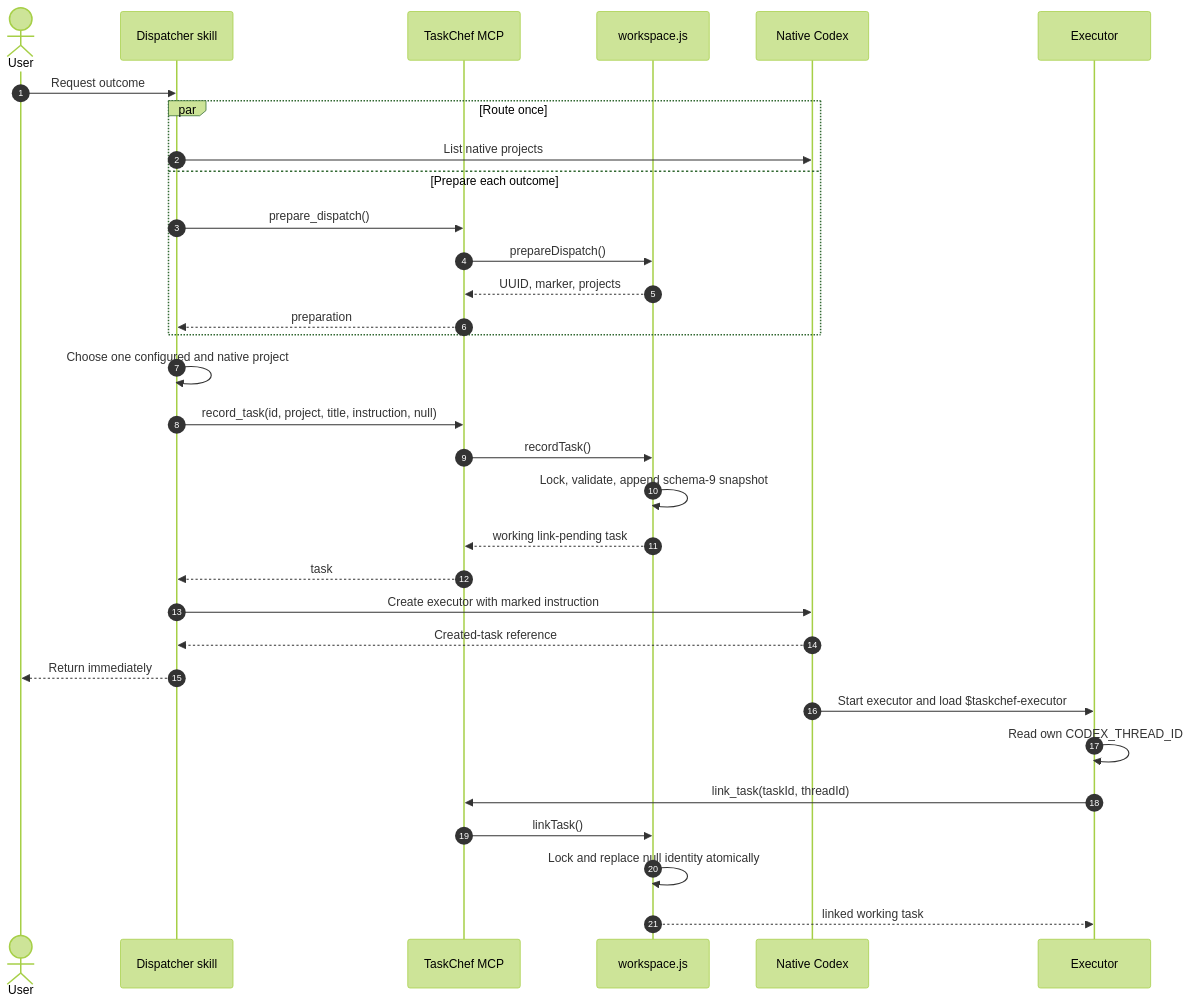
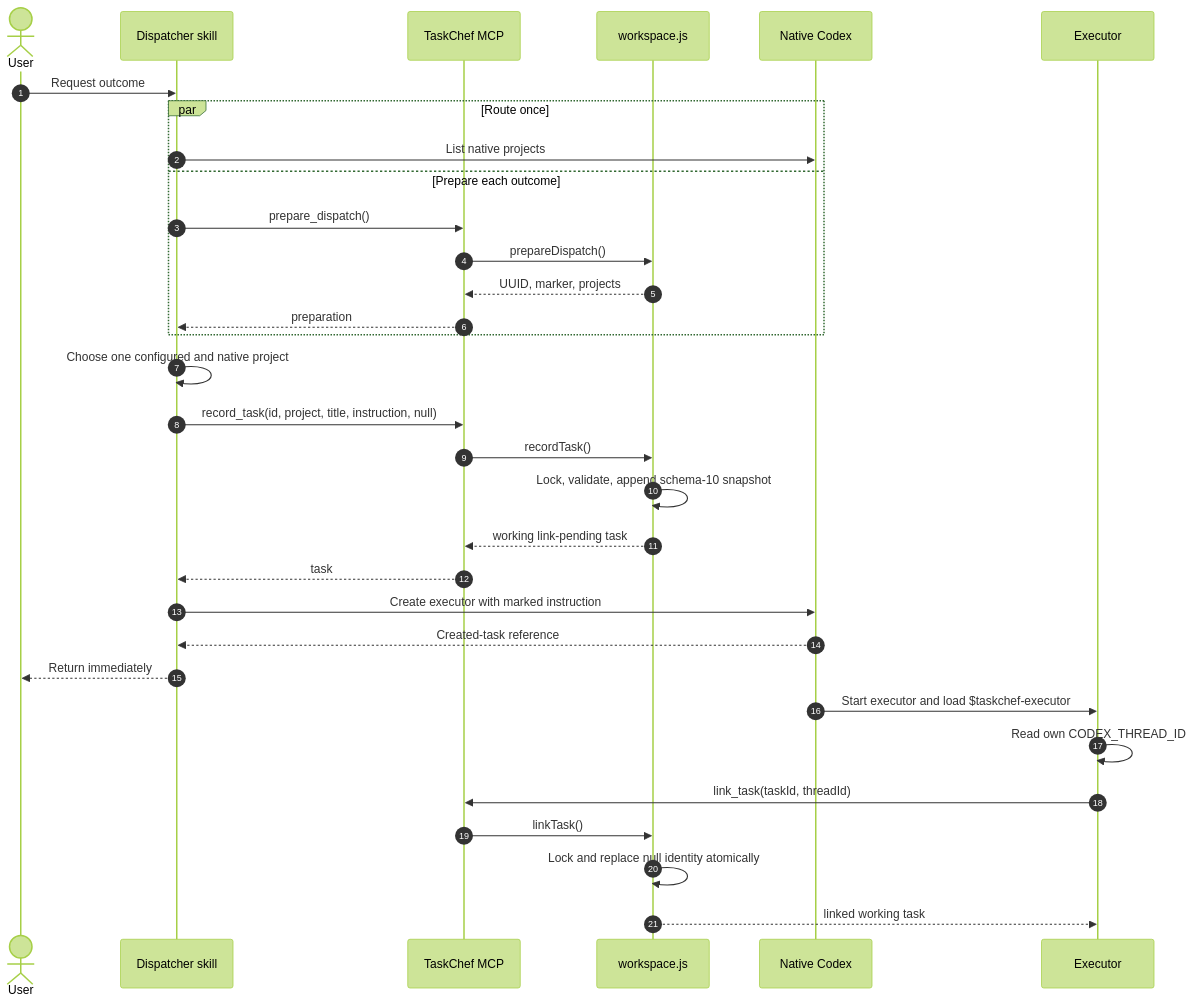
One commit to favoyang/taskchef changed the second of 8 diagrams in docs/workflows.md. Above: the diagram before and after it, drawn with Mermaid (forest theme). The commit also changed other lines of this file and 13 other files, not shown here.

````diff
--- a/docs/workflows.md
+++ b/docs/workflows.md
@@ -96,34 +96,34 @@
 ```mermaid
 sequenceDiagram
   autonumber
   actor U as User
   participant D as Dispatcher skill
   participant M as TaskChef MCP
   participant W as workspace.js
   participant C as Native Codex
   participant E as Executor
   U->>D: Request outcome
   par Route once
     D->>C: List native projects
   and Prepare each outcome
     D->>M: prepare_dispatch()
     M->>W: prepareDispatch()
     W-->>M: UUID, marker, projects
     M-->>D: preparation
   end
   D->>D: Choose one configured and native project
   D->>M: record_task(id, project, title, instruction, null)
   M->>W: recordTask()
-  W->>W: Lock, validate, append schema-9 snapshot
+  W->>W: Lock, validate, append schema-10 snapshot
   W-->>M: working link-pending task
   M-->>D: task
   D->>C: Create executor with marked instruction
   C-->>D: Created-task reference
   D-->>U: Return immediately
   C->>E: Start executor and load $taskchef-executor
   E->>E: Read own CODEX_THREAD_ID
   E->>M: link_task(taskId, threadId)
   M->>W: linkTask()
   W->>W: Lock and replace null identity atomically
   W-->>E: linked working task
 ```
````
